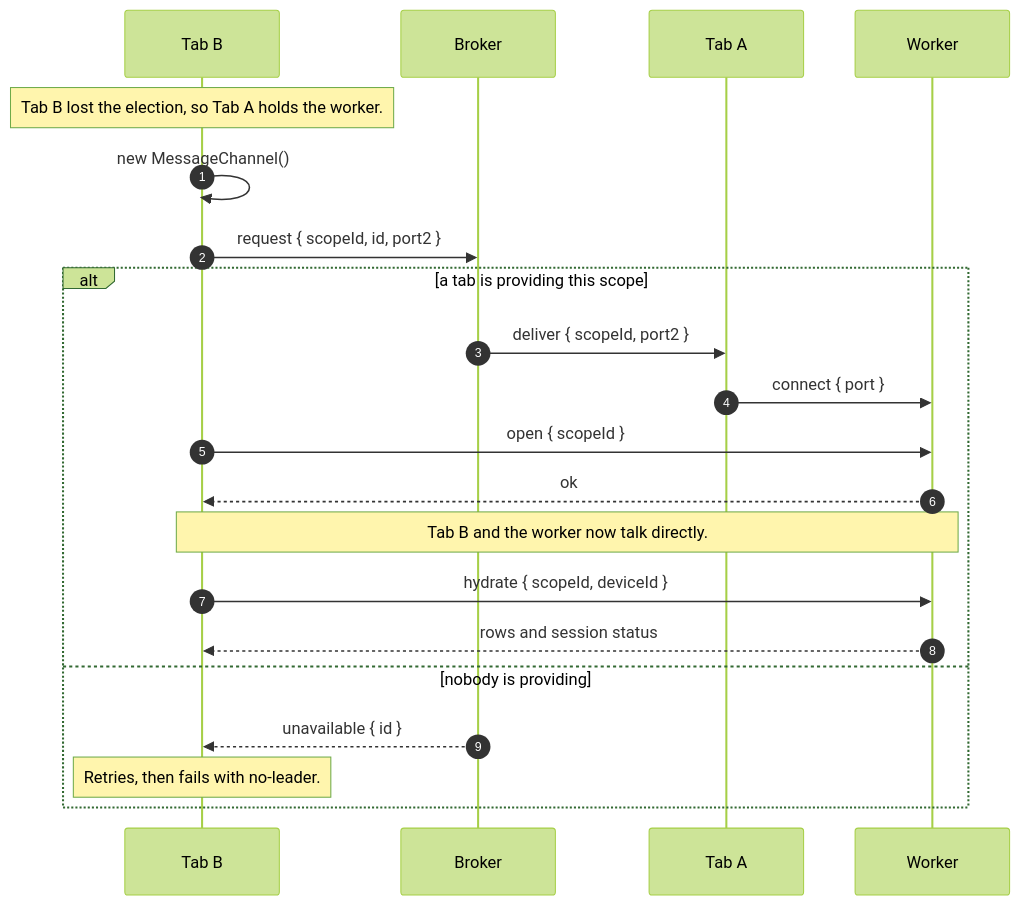
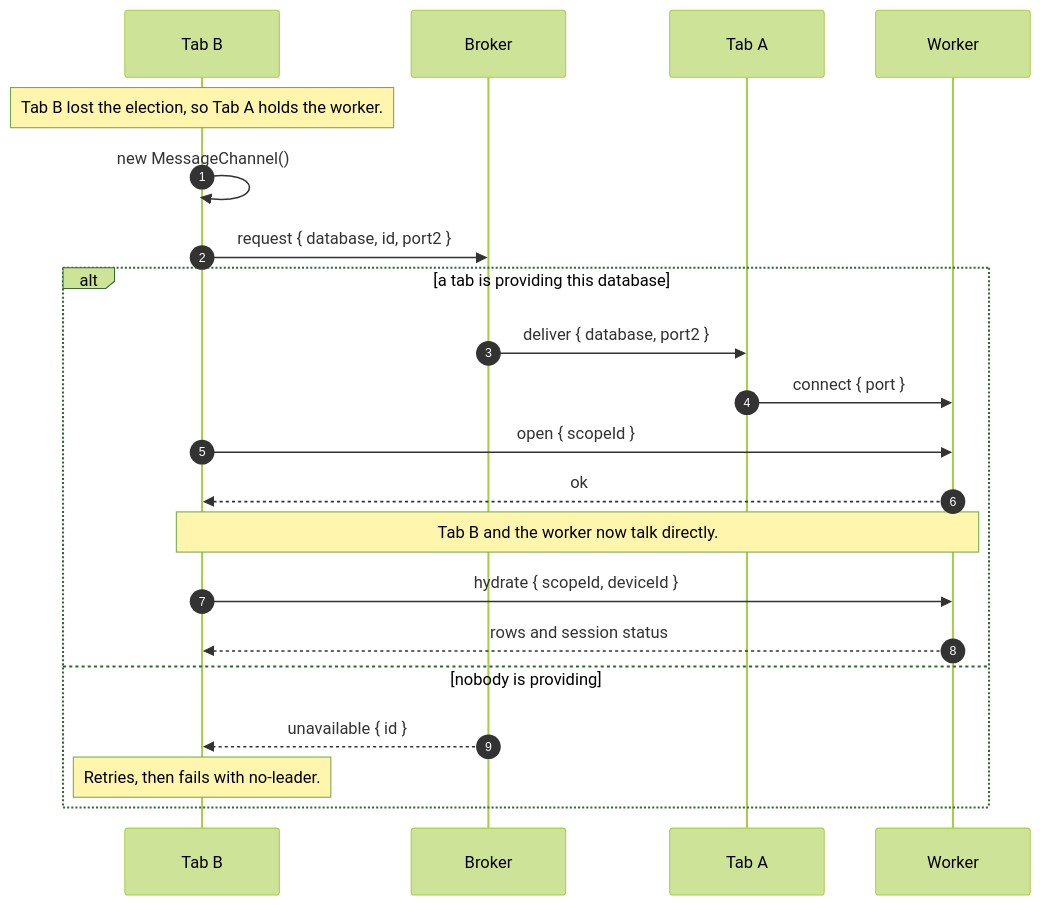
Before and after one commit to msiemens/weftdb: the second of 3 diagrams in docs/src/content/docs/concepts/multi-tab.md, drawn with Mermaid (forest theme). The commit also changed other lines of this file and 18 other files, not shown here.

````diff
--- a/docs/src/content/docs/concepts/multi-tab.md
+++ b/docs/src/content/docs/concepts/multi-tab.md
@@ -111,25 +143,25 @@
 ```mermaid
 sequenceDiagram
   autonumber
   participant B as Tab B
   participant K as Broker
   participant A as Tab A
   participant W as Worker
 
   Note over B: Tab B lost the election, so Tab A holds the worker.
   B->>B: new MessageChannel()
-  B->>K: request { scopeId, id, port2 }
+  B->>K: request { database, id, port2 }
 
-  alt a tab is providing this scope
-    K->>A: deliver { scopeId, port2 }
+  alt a tab is providing this database
+    K->>A: deliver { database, port2 }
     A->>W: connect { port }
     B->>W: open { scopeId }
     W-->>B: ok
     Note over B,W: Tab B and the worker now talk directly.
     B->>W: hydrate { scopeId, deviceId }
     W-->>B: rows and session status
   else nobody is providing
     K-->>B: unavailable { id }
     Note over B: Retries, then fails with no-leader.
   end
 ```
````
